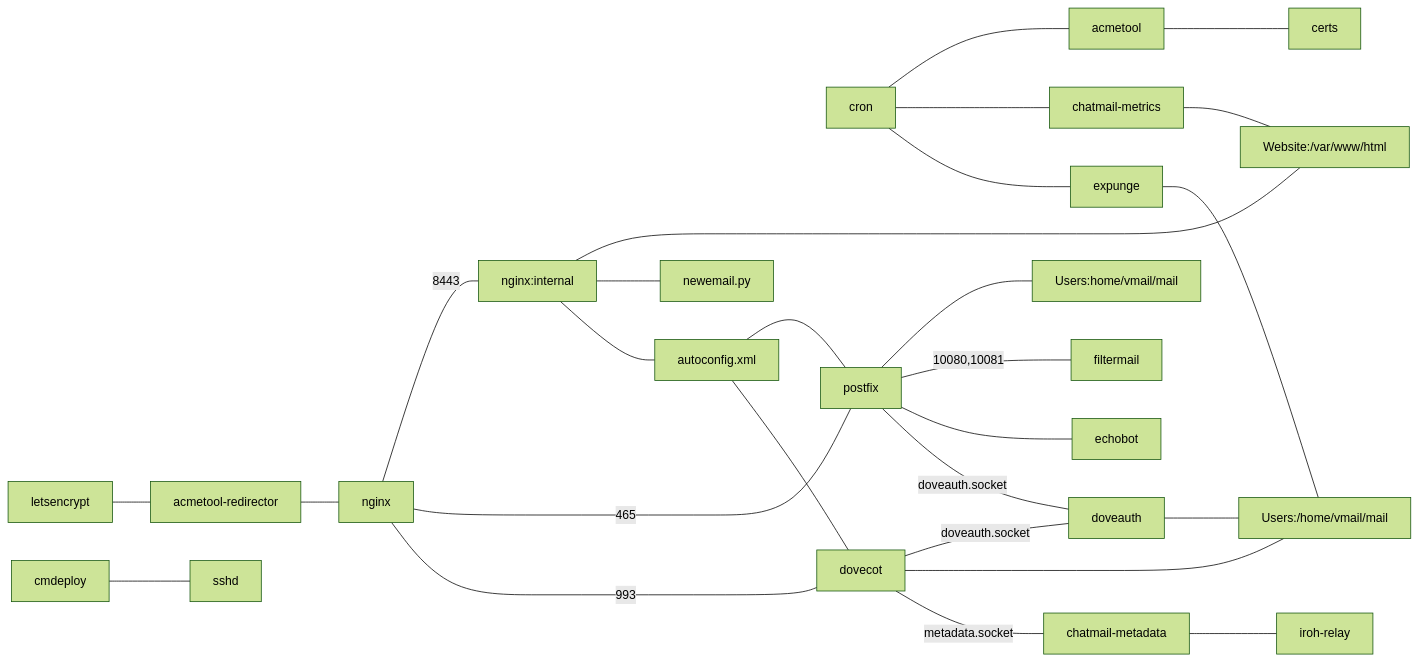
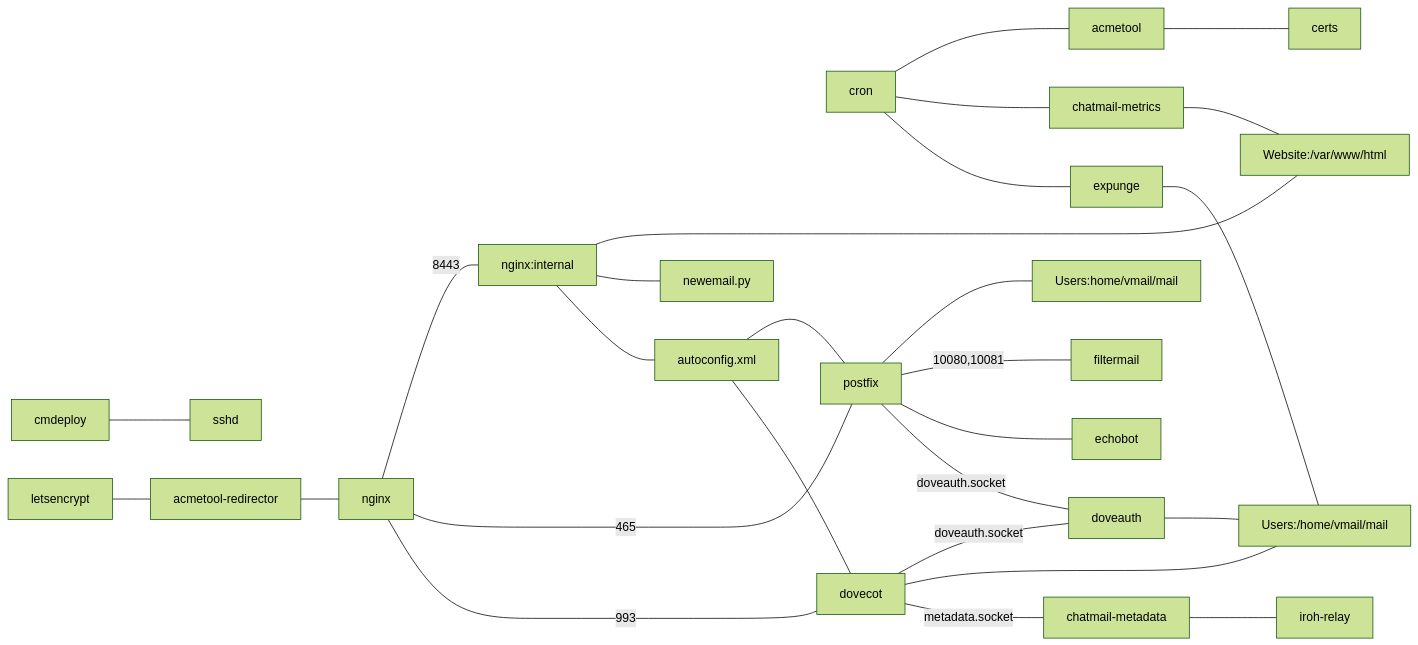
One commit to cliffmccarthy/chatmail-relay changed the diagram in ARCHITECTURE.md. Above: the diagram before and after it, drawn with Mermaid (forest theme). The commit also changed other lines of this file, not shown here.

````diff
--- a/ARCHITECTURE.md
+++ b/ARCHITECTURE.md
@@ -4,29 +4,29 @@
 ```mermaid
 graph LR;
+    cmdeploy --- sshd;
     letsencrypt --- acmetool-redirector;
     acmetool-redirector --- nginx;
     nginx --- |8443|nginx:internal;
     nginx:internal --- Website:/var/www/html;
     nginx:internal --- newemail.py;
     nginx:internal --- autoconfig.xml;
     cron --- acmetool;
     cron --- chatmail-metrics;
     cron --- expunge;
     chatmail-metrics --- Website:/var/www/html;
     acmetool --- certs;
     nginx --- |465|postfix;
     nginx --- |993|dovecot;
     autoconfig.xml --- postfix;
     autoconfig.xml --- dovecot;
     postfix --- Users:home/vmail/mail;
     postfix --- |10080,10081|filtermail;
     postfix --- echobot;
     postfix --- |doveauth.socket|doveauth;
     dovecot --- |doveauth.socket|doveauth;
     dovecot --- Users:/home/vmail/mail;
     dovecot --- |metadata.socket|chatmail-metadata;
     doveauth --- Users:/home/vmail/mail;
     expunge --- Users:/home/vmail/mail;
     chatmail-metadata --- iroh-relay;
-    cmdeploy --- sshd;
 ```
````
